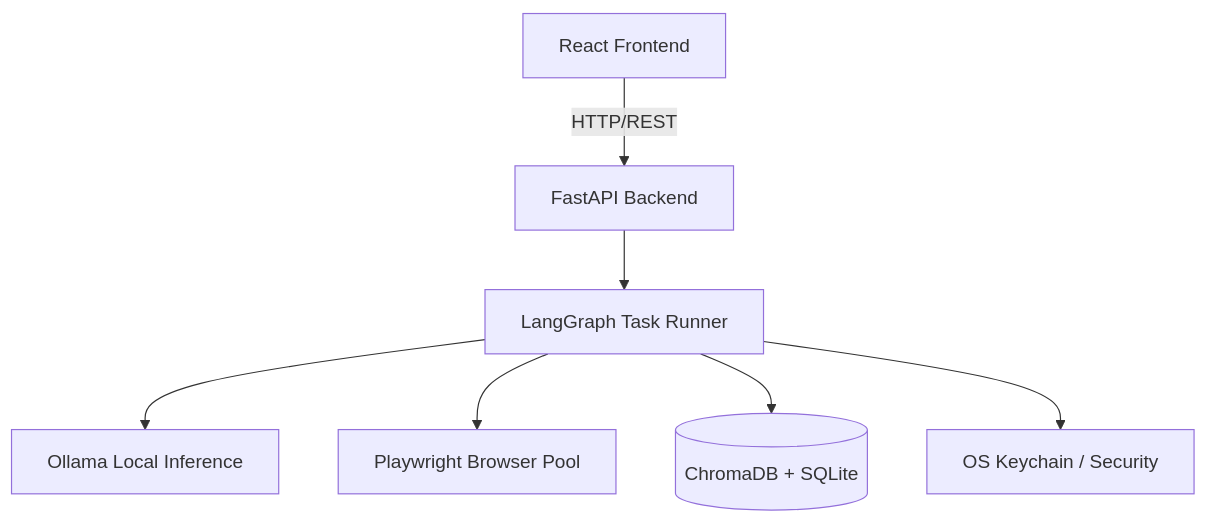
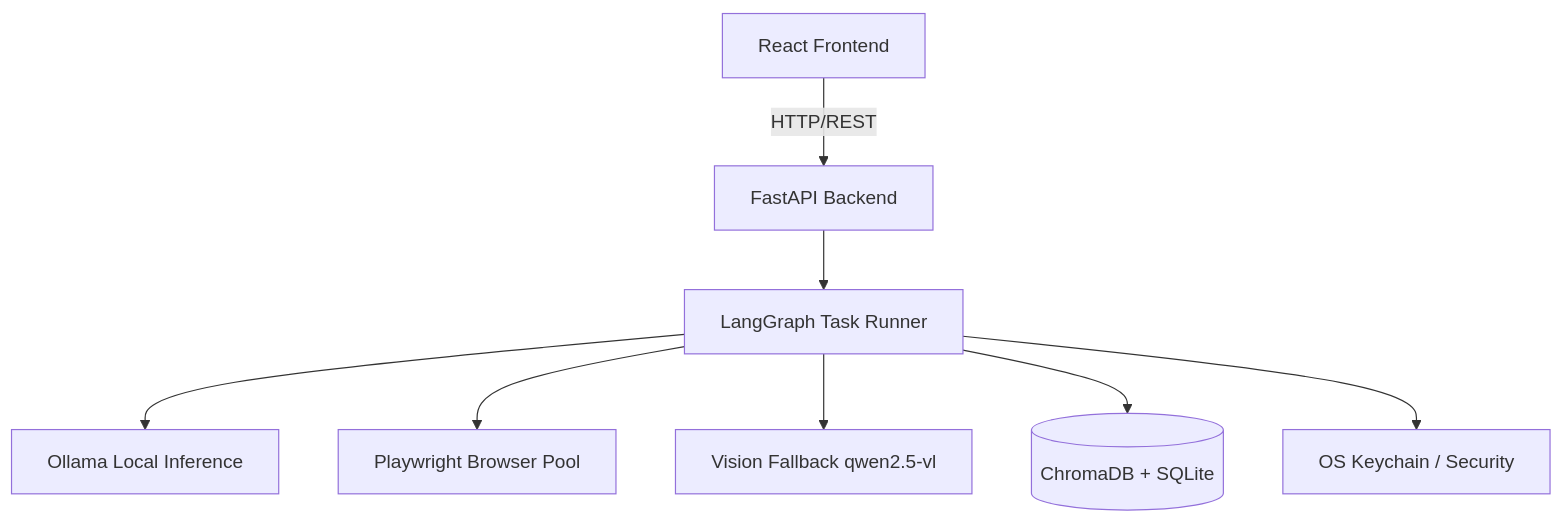
The diagram in README.md (sudeshsudhii/Agentic-Pilot), drawn with Mermaid before and after one commit. The commit also changed other lines of this file and 19 other files, not shown here.

Commit message:
docs: update architecture docs and add E2E benchmarking scripts

````diff
--- a/README.md
+++ b/README.md
@@ -19,9 +20,10 @@
 ```mermaid
 graph TD
     UI[React Frontend] -->|HTTP/REST| API[FastAPI Backend]
     API --> Agent[LangGraph Task Runner]
     Agent --> LLM[Ollama Local Inference]
     Agent --> Browser[Playwright Browser Pool]
+    Agent --> Vision[Vision Fallback qwen2.5-vl]
     Agent --> DB[(ChromaDB + SQLite)]
     Agent --> OS[OS Keychain / Security]
 ```
````
